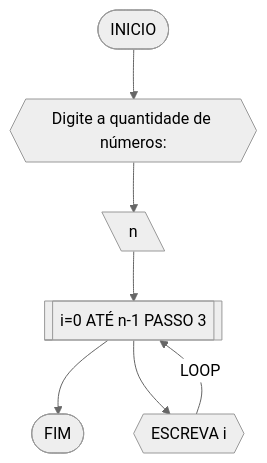
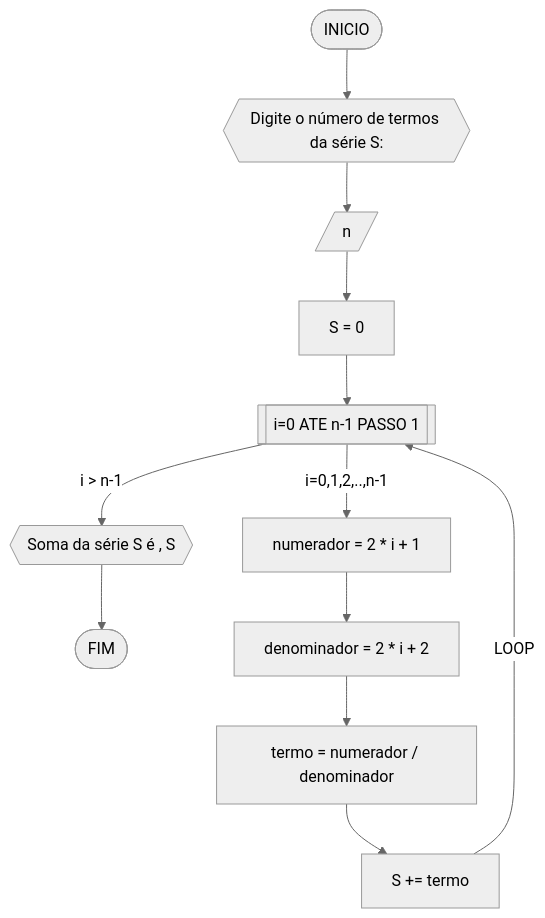
Before and after one commit to lucastudart/unifor: the fifth of 8 diagrams in RLA/AD1.MD, drawn with Mermaid (neutral theme). The commit also changed other lines of this file, not shown here.

````diff
--- a/RLA/AD1.MD
+++ b/RLA/AD1.MD
@@ -218,9 +313,14 @@
 ```mermaid
 flowchart TD
-A([INICIO]) --> B{{Digite a quantidade de números: }}
-B --> C[\n\]
-C --> E[[i=0 ATÉ n-1 PASSO 3]]
-E --> G([FIM])
-E --> F{{ESCREVA i}}
-F --LOOP--> E
+A([INICIO]) --> B{{"Digite o número de termos da série S:"}}
+B --> C[/n/]
+C --> D[S = 0]
+D --> E[[i=0 ATE n-1 PASSO 1]]
+E --"i > n-1"--> J{{"Soma da série S é ", S}}
+J --> K([FIM])
+E --"i=0,1,2,..,n-1"--> F[numerador = 2 * i + 1]
+F --> G[denominador = 2 * i + 2]
+G --> H[termo = numerador / denominador]
+H --> I[S += termo]
+I --LOOP--> E
 ```
````
